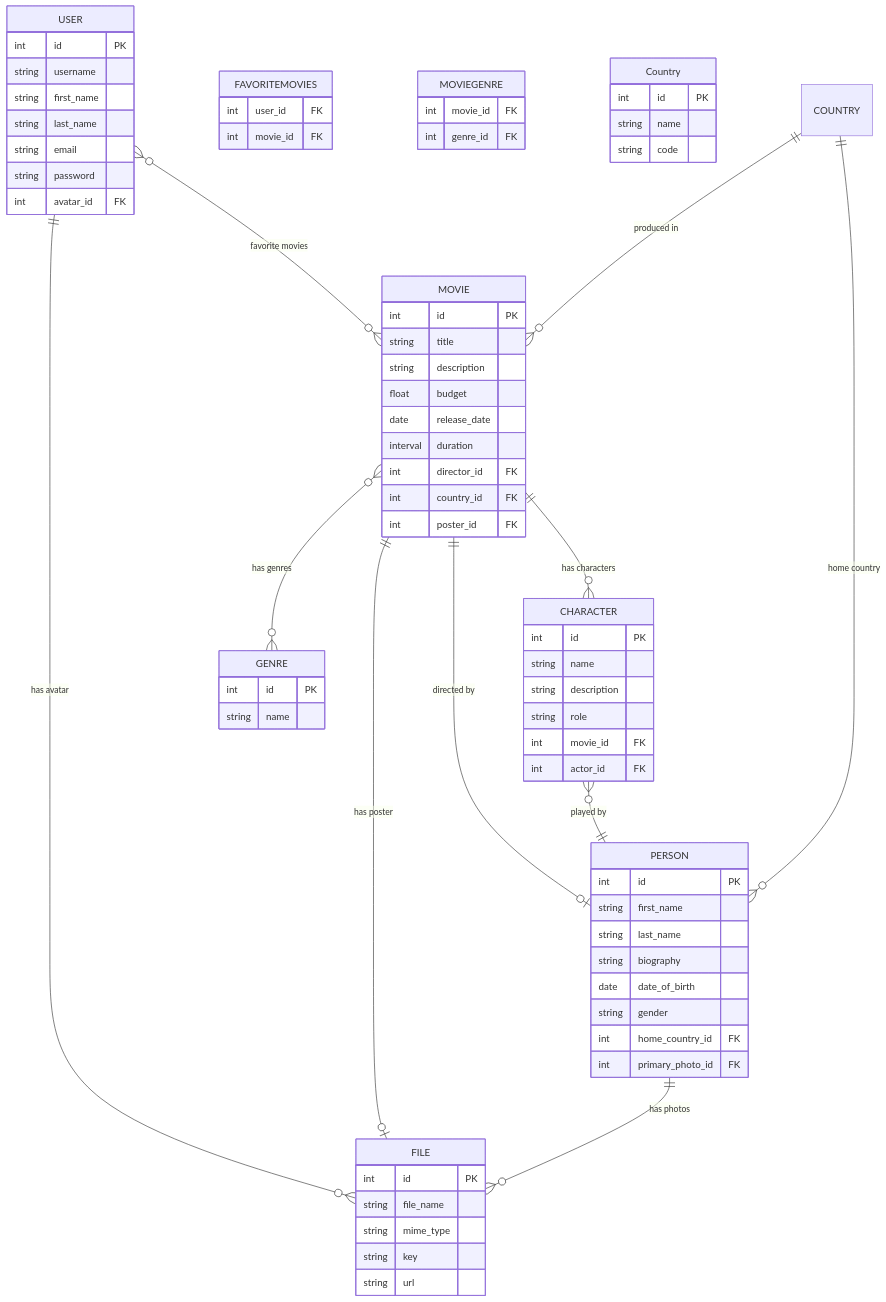
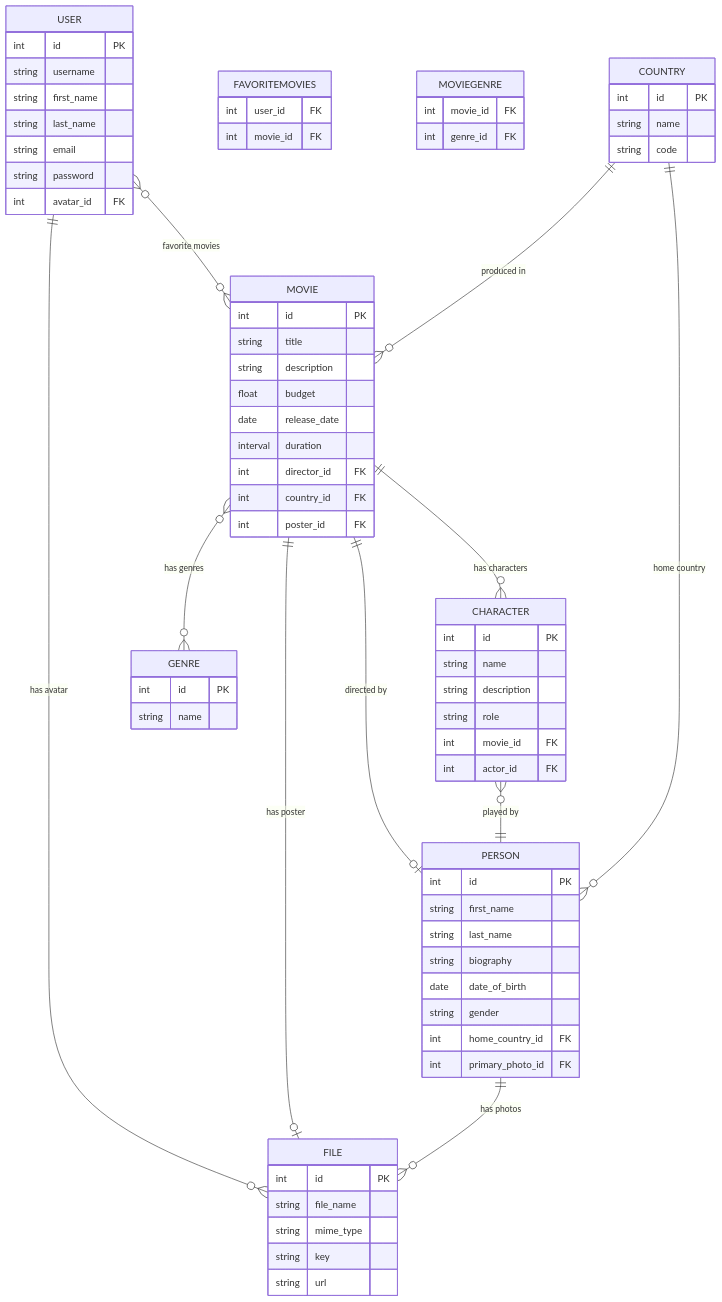
One commit to XCODE89/movie_app_db changed the diagram in README.md. Above: the diagram before and after it, drawn with Mermaid.

Commit message:
+ Homework complete

```diff
--- a/README.md
+++ b/README.md
@@ -66,7 +66,7 @@
         int genre_id FK
     }
 
-    Country {
+    COUNTRY {
         int id PK
         string name
         string code
```
